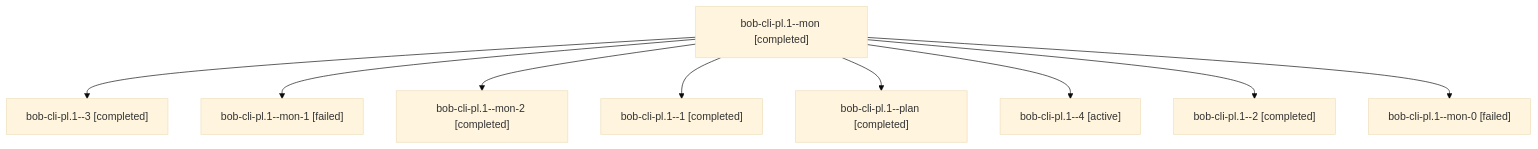
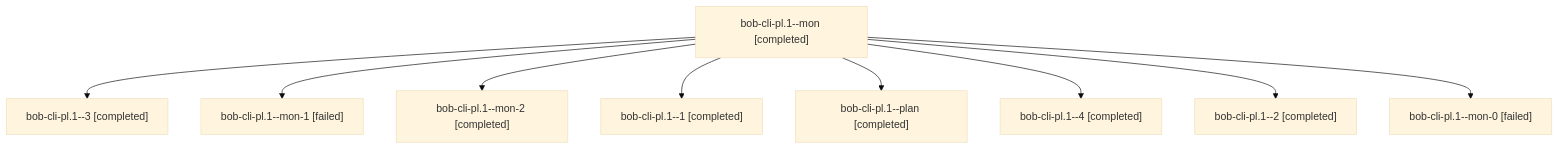
Before and after one commit to bobs-org/bob-cli--agents: the diagram in sessions/bbugyi200.apollo.bob-cli-pl.1.md, drawn with Mermaid (base theme). The commit also changed other lines of this file and 36 other files, not shown here.

````diff
--- a/sessions/bbugyi200.apollo.bob-cli-pl.1.md
+++ b/sessions/bbugyi200.apollo.bob-cli-pl.1.md
@@ -9,20 +9,20 @@
 ```mermaid
 flowchart TD
   n0["bob-cli-pl.1--mon [completed]"]
   n1["bob-cli-pl.1--3 [completed]"]
   n0 --> n1
   n2["bob-cli-pl.1--mon-1 [failed]"]
   n0 --> n2
   n3["bob-cli-pl.1--mon-2 [completed]"]
   n0 --> n3
   n4["bob-cli-pl.1--1 [completed]"]
   n0 --> n4
   n5["bob-cli-pl.1--plan [completed]"]
   n0 --> n5
-  n6["bob-cli-pl.1--4 [active]"]
+  n6["bob-cli-pl.1--4 [completed]"]
   n0 --> n6
   n7["bob-cli-pl.1--2 [completed]"]
   n0 --> n7
   n8["bob-cli-pl.1--mon-0 [failed]"]
   n0 --> n8
 ```
````
